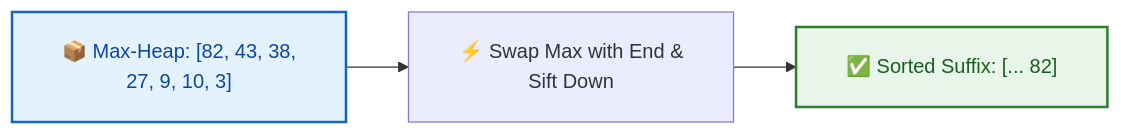
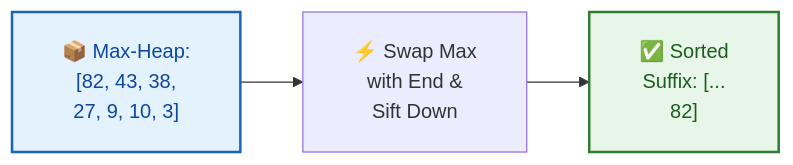
Before and after one commit to dip4k/DSA_102: the fourth of 7 diagrams in week_03_foundations_iii_sorting_and_hashing/Week_03_Visual_Concepts_Playbook_HYBRID.md, drawn with Mermaid. The commit also changed other lines of this file and 106 other files, not shown here.

First line of the commit message:
fix(mermaid): prevent text clipping with foreignObject overflow and tighter line wrapping

````diff
--- a/week_03_foundations_iii_sorting_and_hashing/Week_03_Visual_Concepts_Playbook_HYBRID.md
+++ b/week_03_foundations_iii_sorting_and_hashing/Week_03_Visual_Concepts_Playbook_HYBRID.md
@@ -421,12 +421,12 @@
 ```mermaid
-%%{init: {"flowchart": {"htmlLabels": true, "padding": 20}}}%%
+%%{init: {"flowchart": {"htmlLabels": true, "padding": 20}, "themeCSS": "foreignObject { overflow: visible !important; }"}}%%
 flowchart LR
     classDef heap fill:#e3f2fd,stroke:#1565c0,stroke-width:2px,color:#0d47a1
     classDef sorted fill:#e8f5e9,stroke:#2e7d32,stroke-width:2px,color:#1b5e20
 
-    H["📦 Max-Heap: [82, 43, 38,<br/>27, 9, 10, 3]"]:::heap
-    Ext["⚡ Swap Max with End &<br/>Sift Down"]
-    S["✅ Sorted Suffix: [... 82]"]:::sorted
+    H["📦 Max-Heap:<br/>[82, 43, 38,<br/>27, 9, 10, 3]"]:::heap
+    Ext["⚡ Swap Max<br/>with End &<br/>Sift Down"]
+    S["✅ Sorted<br/>Suffix: [...<br/>82]"]:::sorted
 
     H --> Ext --> S
 ```
````
